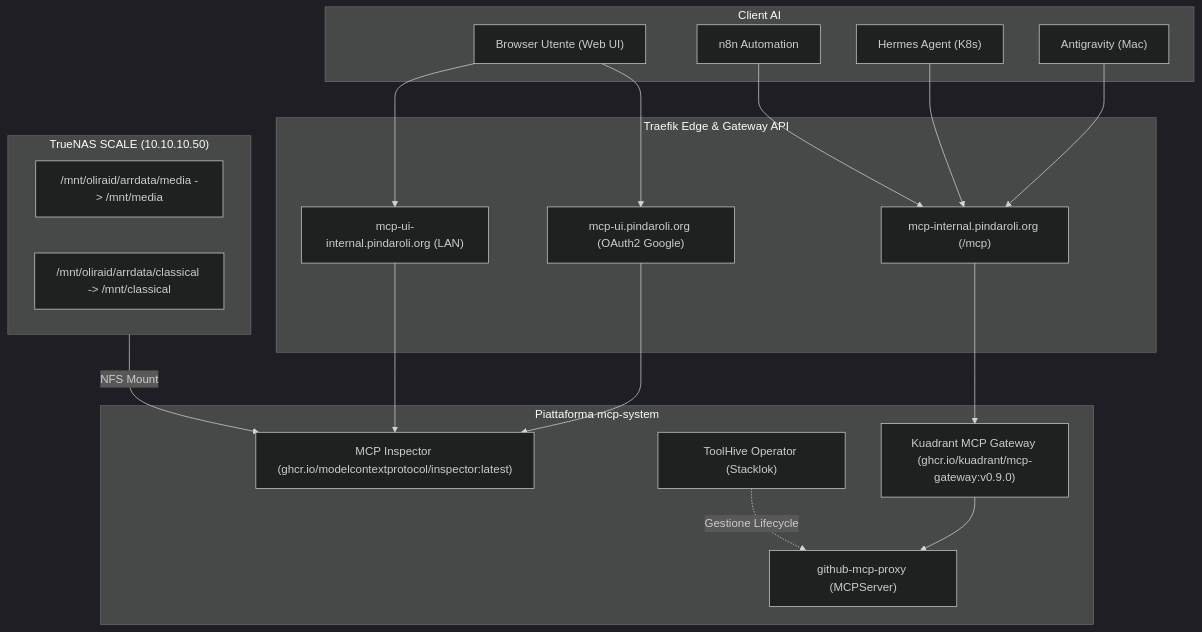
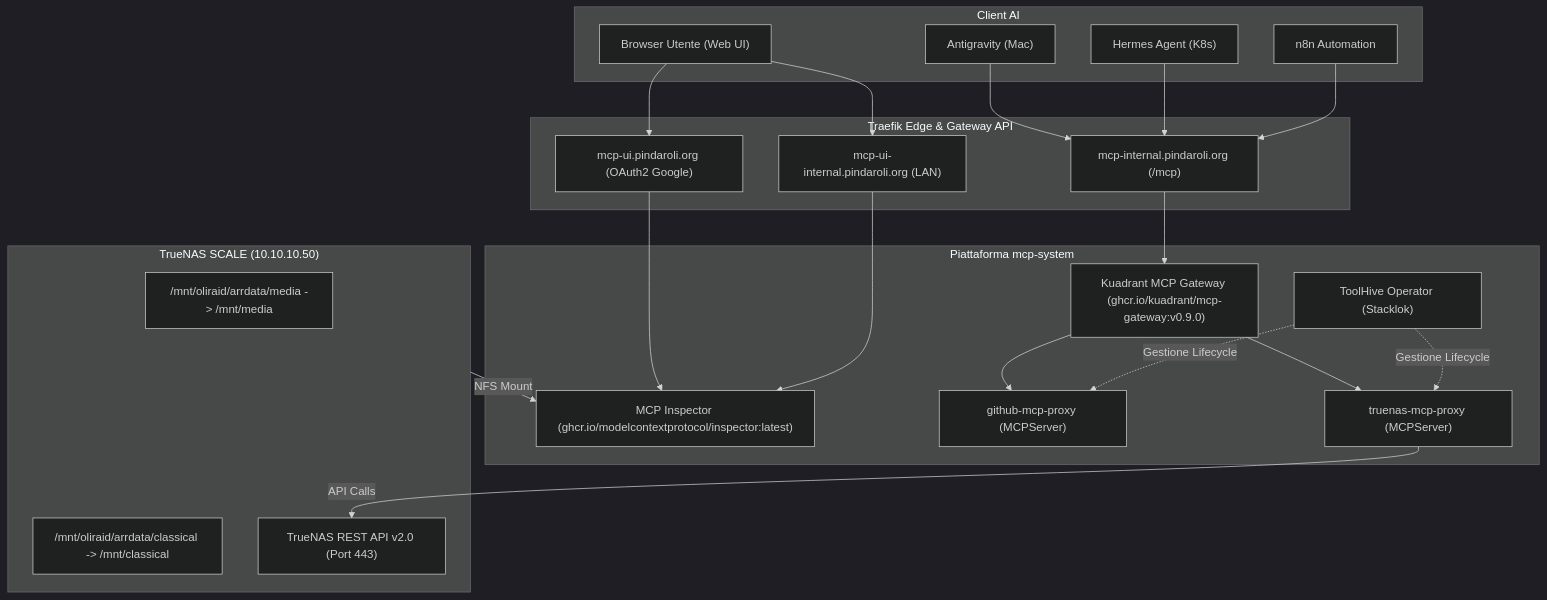
The diagram in wiki/entities/MCP_Platform.md (pindaroli/k8s-lab), drawn with Mermaid (dark theme) before and after one commit. The commit also changed other lines of this file and 8 other files, not shown here.

Commit message:
feat(mcp): migrate truenas-master-mcp to kubernetes via ToolHive and Traefik IngressRoute

````diff
--- a/wiki/entities/MCP_Platform.md
+++ b/wiki/entities/MCP_Platform.md
@@ -31,33 +31,36 @@
 ```mermaid
 flowchart TD
     subgraph Client["Client AI"]
         AG["Antigravity (Mac)"]
         HA["Hermes Agent (K8s)"]
         N8N["n8n Automation"]
         USER["Browser Utente (Web UI)"]
     end
 
     subgraph Edge["Traefik Edge & Gateway API"]
         TR_EXT["mcp-ui.pindaroli.org (OAuth2 Google)"]
         TR_INT["mcp-ui-internal.pindaroli.org (LAN)"]
         GW_INT["mcp-internal.pindaroli.org (/mcp)"]
     end
 
     subgraph Core["Piattaforma mcp-system"]
         INSP["MCP Inspector (ghcr.io/modelcontextprotocol/inspector:latest)"]
         ROUTER["Kuadrant MCP Gateway (ghcr.io/kuadrant/mcp-gateway:v0.9.0)"]
         TH["ToolHive Operator (Stacklok)"]
         GH["github-mcp-proxy (MCPServer)"]
+        TN["truenas-mcp-proxy (MCPServer)"]
     end
 
     subgraph Storage["TrueNAS SCALE (10.10.10.50)"]
         NFS_MED["/mnt/oliraid/arrdata/media -> /mnt/media"]
         NFS_CLA["/mnt/oliraid/arrdata/classical -> /mnt/classical"]
+        API_TN["TrueNAS REST API v2.0 (Port 443)"]
     end
 
     USER --> TR_EXT & TR_INT --> INSP
     AG & HA & N8N --> GW_INT --> ROUTER
-    ROUTER --> GH
-    TH -.->|Gestione Lifecycle| GH
+    ROUTER --> GH & TN
+    TH -.->|Gestione Lifecycle| GH & TN
+    TN -->|API Calls| API_TN
     Storage -->|NFS Mount| INSP
 ```
````
